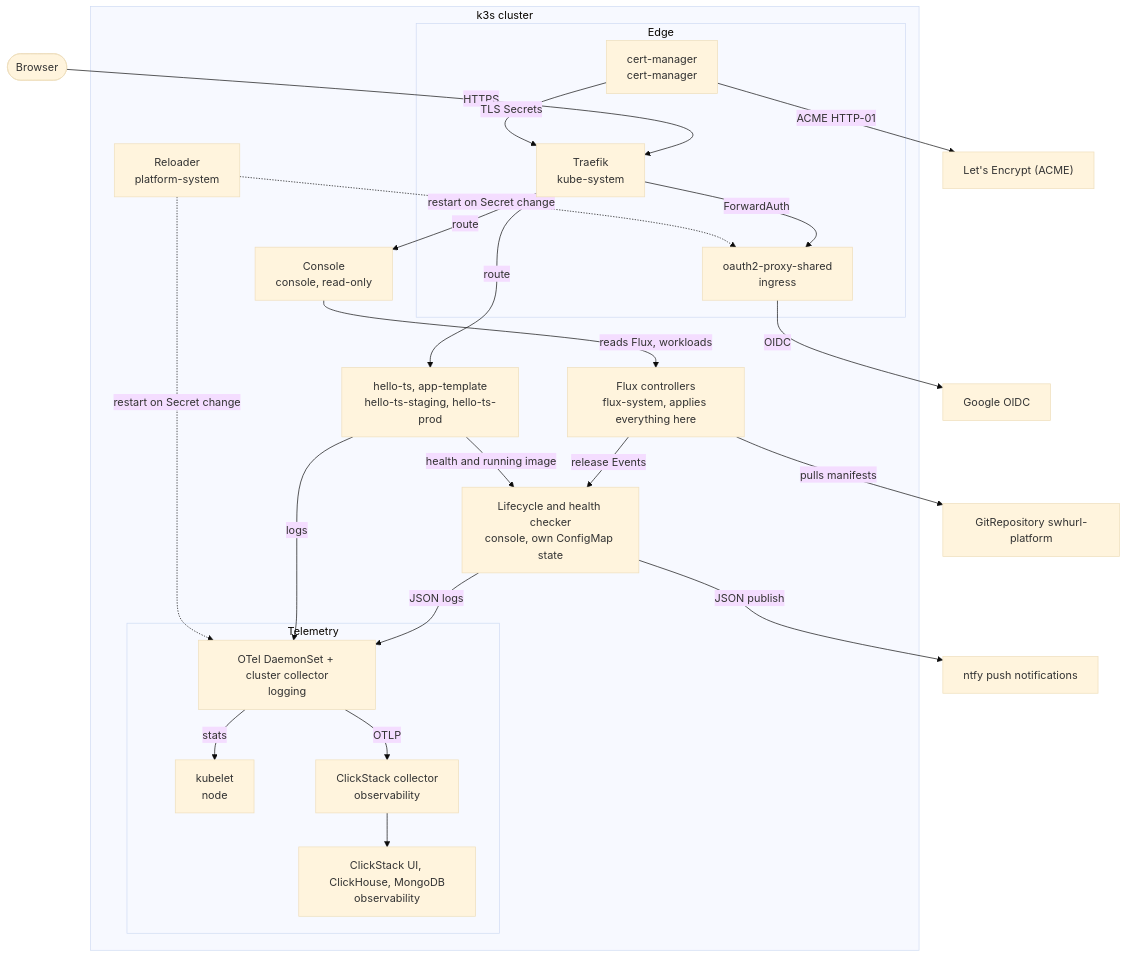
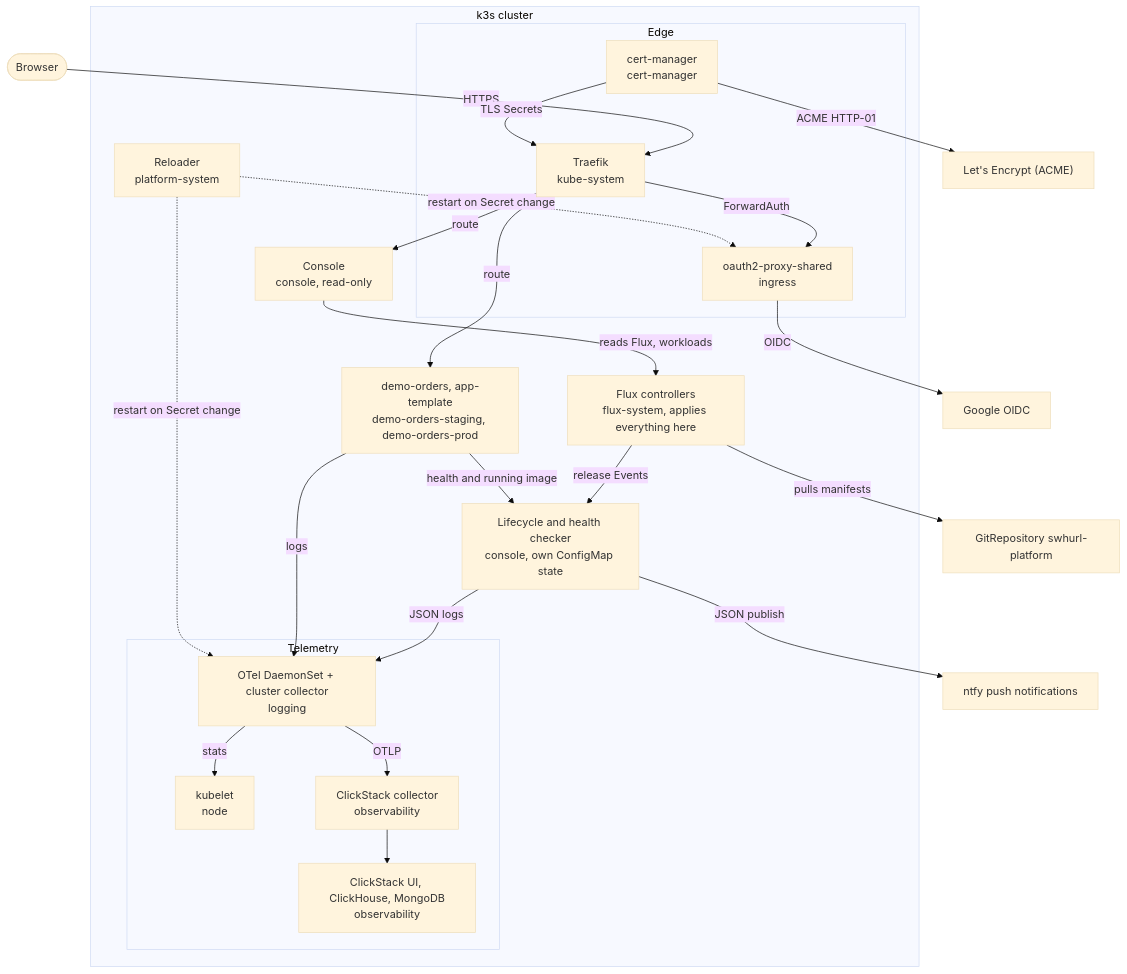
The fifth of 6 diagrams in docs/architecture.md (samclement/swhurl-platform), drawn with Mermaid (base theme) before and after one commit. The commit also changed other lines of this file and 8 other files, not shown here.

````diff
--- a/docs/architecture.md
+++ b/docs/architecture.md
@@ -200,45 +200,45 @@
 ```mermaid
 flowchart TB
   user([Browser])
   git[GitRepository swhurl-platform]
   google[Google OIDC]
   le["Let's Encrypt (ACME)"]
   ntfy[ntfy push notifications]
 
   subgraph cluster[k3s cluster]
     subgraph edge[Edge]
       traefik[Traefik<br/>kube-system]
       oauth[oauth2-proxy-shared<br/>ingress]
       cm[cert-manager<br/>cert-manager]
     end
     subgraph telemetry[Telemetry]
       otelds[OTel DaemonSet + cluster collector<br/>logging]
       kubelet[kubelet<br/>node]
       csotel[ClickStack collector<br/>observability]
       cs[ClickStack UI, ClickHouse, MongoDB<br/>observability]
     end
     flux[Flux controllers<br/>flux-system, applies everything here]
     reloader[Reloader<br/>platform-system]
     console[Console<br/>console, read-only]
     notifications[Lifecycle and health checker<br/>console, own ConfigMap state]
-    app[hello-ts, app-template<br/>hello-ts-staging, hello-ts-prod]
+    app[demo-orders, app-template<br/>demo-orders-staging, demo-orders-prod]
   end
 
   user -- HTTPS --> traefik
   traefik -- ForwardAuth --> oauth
   oauth -- OIDC --> google
   traefik -- route --> app
   traefik -- route --> console
   console -- reads Flux, workloads --> flux
   flux -- release Events --> notifications
   app -- health and running image --> notifications
   notifications -- JSON publish --> ntfy
   notifications -- JSON logs --> otelds
   cm -- ACME HTTP-01 --> le
   cm -- TLS Secrets --> traefik
   app -- logs --> otelds
   otelds -- stats --> kubelet
   otelds -- OTLP --> csotel --> cs
   flux -- pulls manifests --> git
   reloader -. restart on Secret change .-> oauth & otelds
 ```
````
